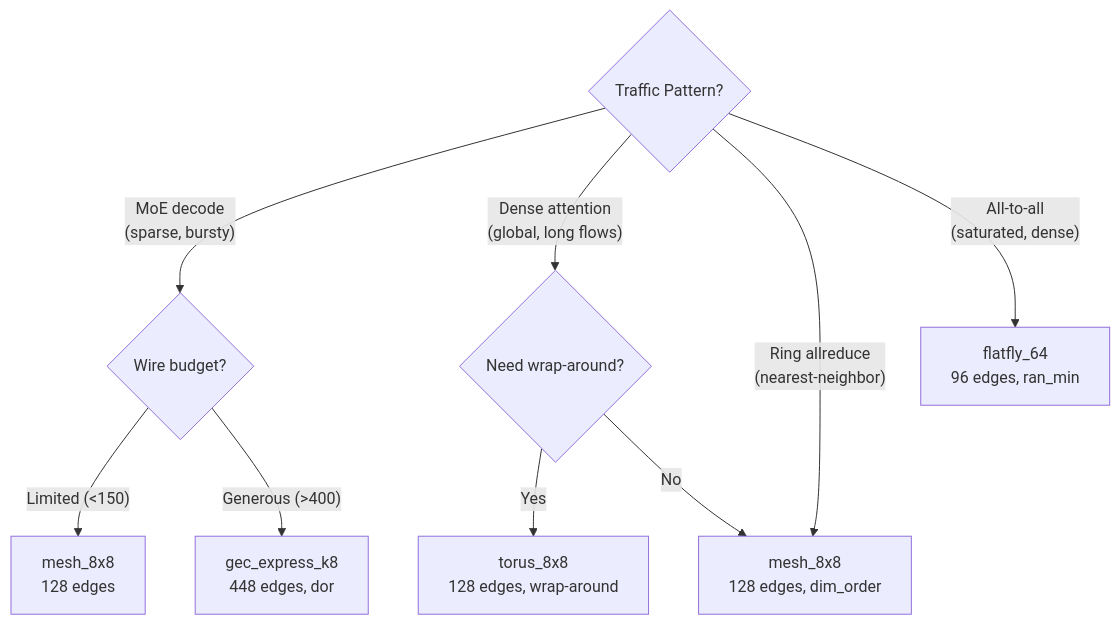
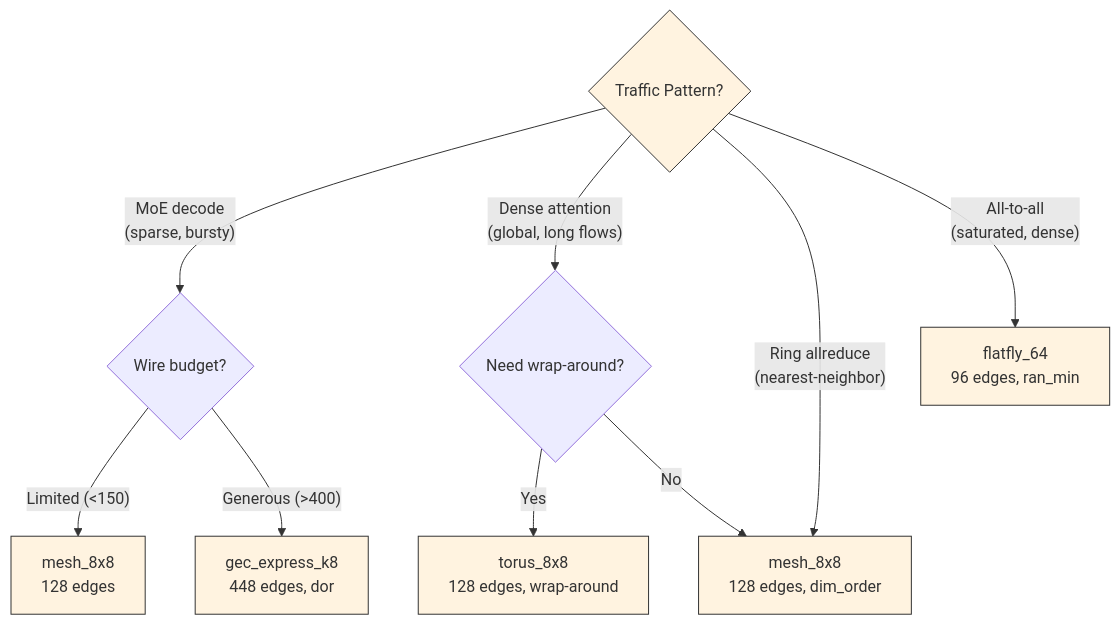
Before and after one commit to Anmol-S314/veritx-research: diagram 15 of 17 in tracks/t3-topology/dse/README.md, drawn with Mermaid. The commit also changed other lines of this file and 1 other file, not shown here.

First line of the commit message:
docs: improve Mermaid diagram styling across all 22 diagrams

````diff
--- a/tracks/t3-topology/dse/README.md
+++ b/tracks/t3-topology/dse/README.md
@@ -1851,11 +2043,19 @@
 ```mermaid
 flowchart TD
     A{"Traffic Pattern?"} -->|"MoE decode\n(sparse, bursty)"| B{"Wire budget?"}
     A -->|"Dense attention\n(global, long flows)"| C{"Need wrap-around?"}
     A -->|"Ring allreduce\n(nearest-neighbor)"| D["mesh_8x8\n128 edges, dim_order"]
     A -->|"All-to-all\n(saturated, dense)"| E["flatfly_64\n96 edges, ran_min"]
     B -->|"Limited (<150)"| F["mesh_8x8\n128 edges"]
     B -->|"Generous (>400)"| G["gec_express_k8\n448 edges, dor"]
     C -->|"Yes"| H["torus_8x8\n128 edges, wrap-around"]
     C -->|"No"| D
+
+    style A fill:#fff3e0,stroke:#333
+    style D fill:#fff3e0,stroke:#333
+    style E fill:#fff3e0,stroke:#333
+    style F fill:#fff3e0,stroke:#333
+    style G fill:#fff3e0,stroke:#333
+    style H fill:#fff3e0,stroke:#333
+
 ```
````
